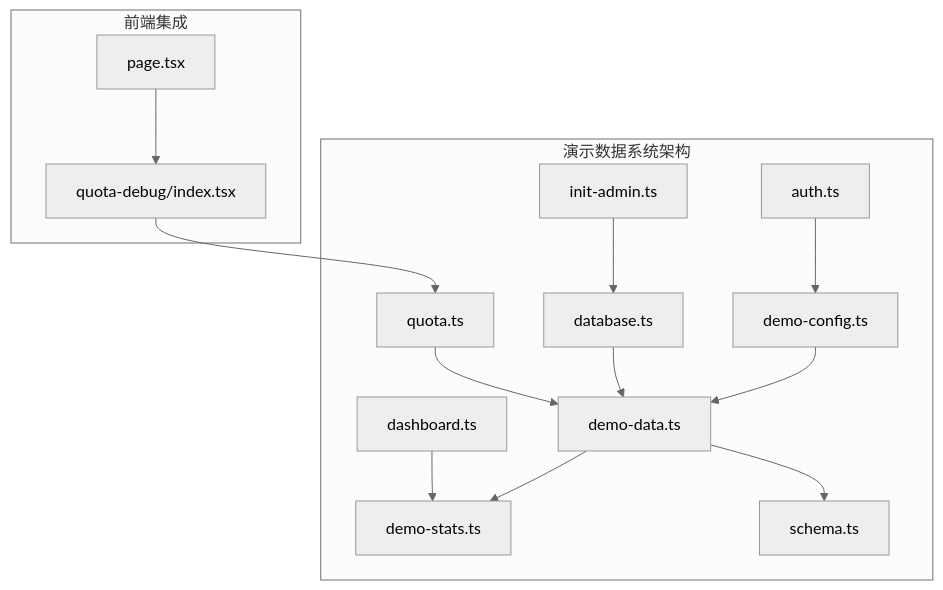
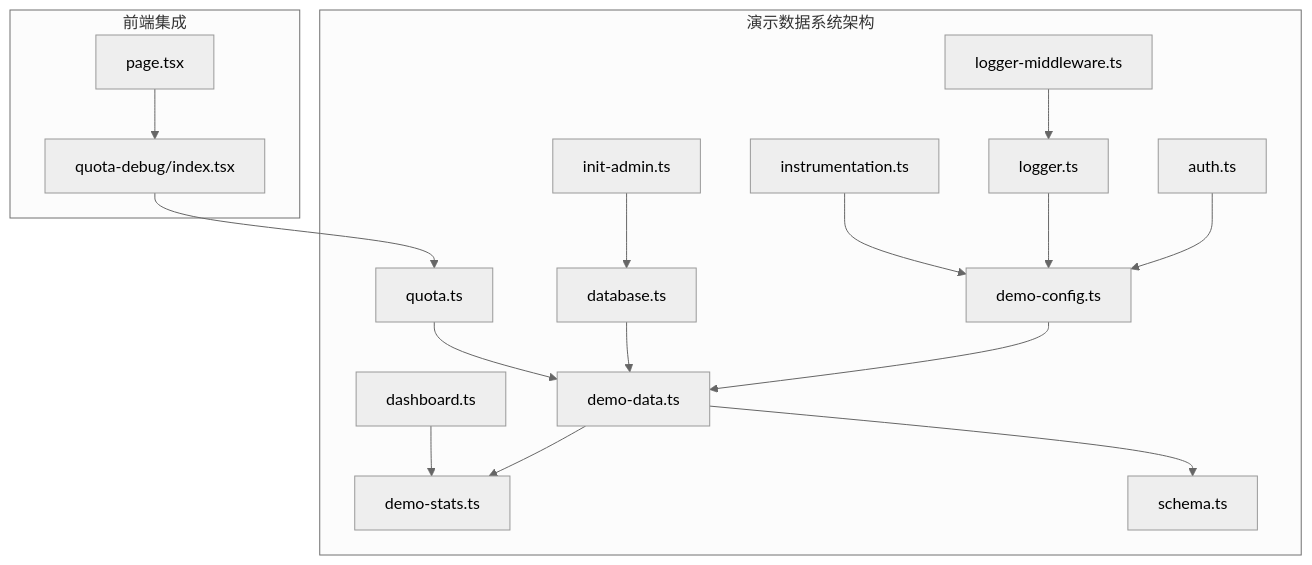
One commit to RadiumAg/AIGate changed the first of 9 diagrams in .qoder/repowiki/zh/content/Demo Data System.md. Above: the diagram before and after it, drawn with Mermaid (neutral theme). The commit also changed other lines of this file and 9 other files, not shown here.

````diff
--- a/.qoder/repowiki/zh/content/Demo Data System.md
+++ b/.qoder/repowiki/zh/content/Demo Data System.md
@@ -45,17 +57,20 @@
 ```mermaid
 graph TB
 subgraph "演示数据系统架构"
 A[demo-config.ts] --> B[demo-data.ts]
 B --> C[demo-stats.ts]
 B --> D[schema.ts]
 E[database.ts] --> B
 F[quota.ts] --> B
 G[dashboard.ts] --> C
 H[auth.ts] --> A
 I[init-admin.ts] --> E
+J[logger.ts] --> A
+K[instrumentation.ts] --> A
+L[logger-middleware.ts] --> J
 end
 subgraph "前端集成"
-J[page.tsx] --> K[quota-debug/index.tsx]
-K --> F
+M[page.tsx] --> N[quota-debug/index.tsx]
+N --> F
 end
 ```
````
